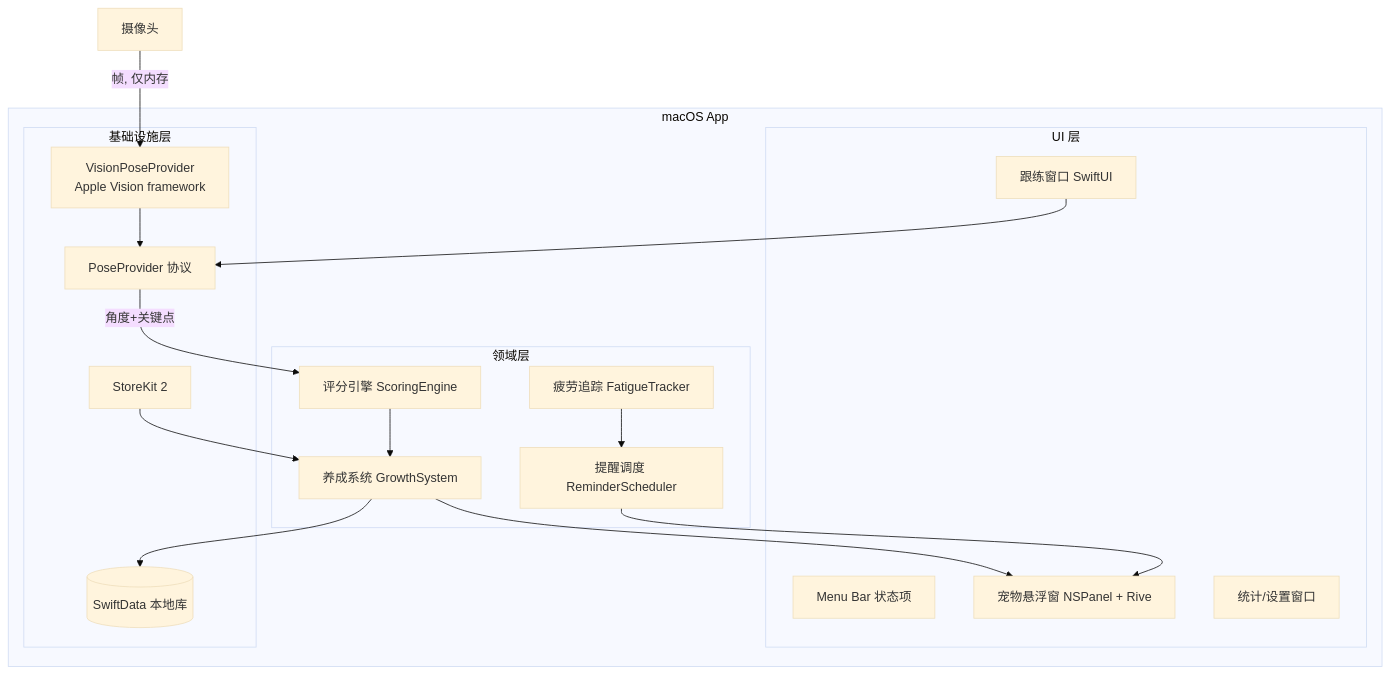
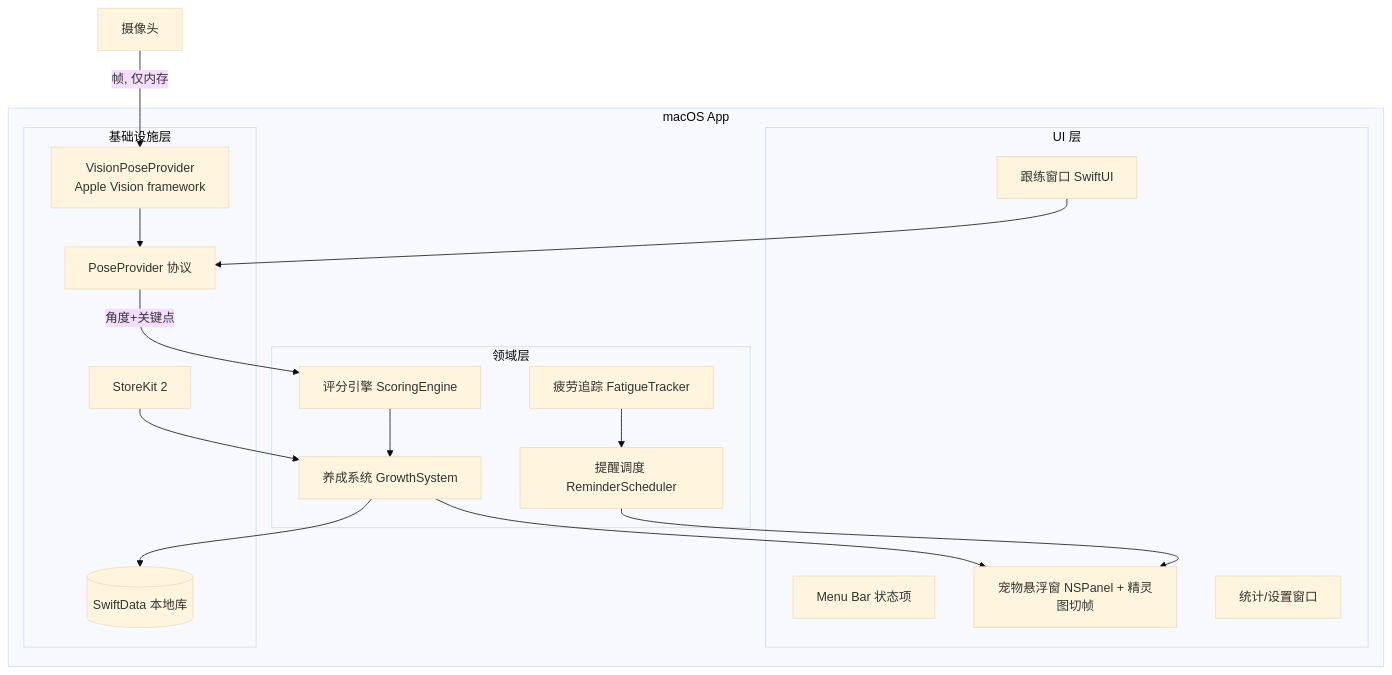
The diagram in foundation/tech-arch/overview.md (zt994451054/nickbody), drawn with Mermaid (base theme) before and after one commit. The commit also changed other lines of this file and 12 other files, not shown here.

````diff
--- a/foundation/tech-arch/overview.md
+++ b/foundation/tech-arch/overview.md
@@ -41,31 +41,31 @@
 ```mermaid
 graph TB
   subgraph macOS App
     subgraph UI 层
       MB[Menu Bar 状态项]
-      PW[宠物悬浮窗 NSPanel + Rive]
+      PW[宠物悬浮窗 NSPanel + 精灵图切帧]
       EW[跟练窗口 SwiftUI]
       SW[统计/设置窗口]
     end
     subgraph 领域层
       FT[疲劳追踪 FatigueTracker]
       RM[提醒调度 ReminderScheduler]
       SE[评分引擎 ScoringEngine]
       GS[养成系统 GrowthSystem]
     end
     subgraph 基础设施层
       PP[PoseProvider 协议]
       VF[VisionPoseProvider<br/>Apple Vision framework]
       SD[(SwiftData 本地库)]
       SK[StoreKit 2]
     end
   end
   CAM[摄像头] -->|帧, 仅内存| VF
   VF --> PP
   PP -->|角度+关键点| SE
   FT --> RM --> PW
   SE --> GS --> SD
   GS --> PW
   EW --> PP
   SK --> GS
 ```
````
